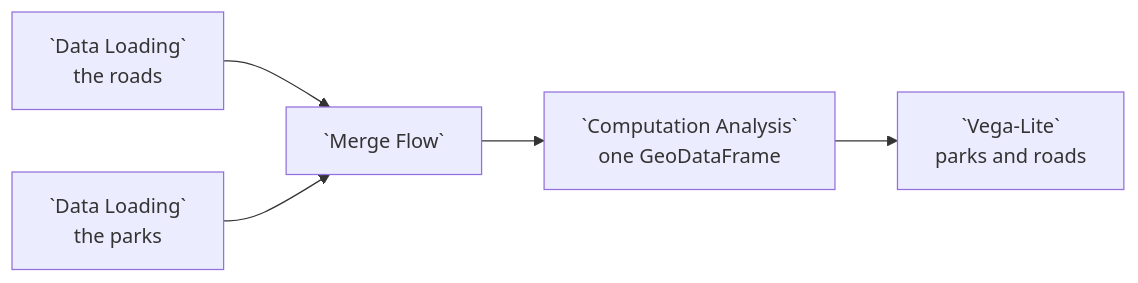
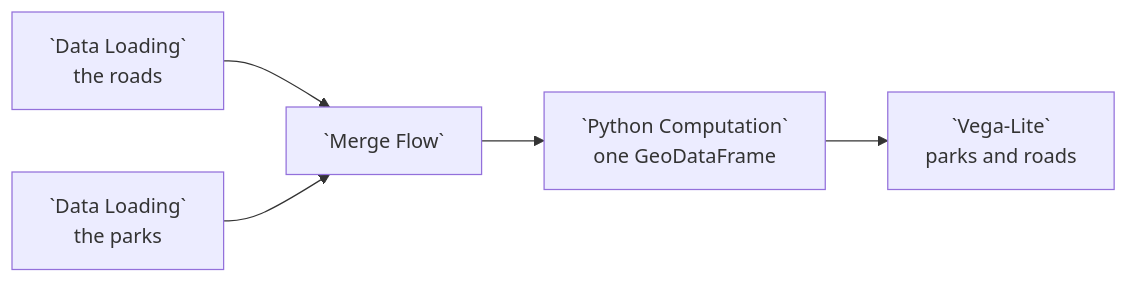
Before and after one commit to urban-toolkit/curio: the diagram in docs/examples/22-storage-folder-of-different-files.md, drawn with Mermaid. The commit also changed 18 other files, not shown here.

````diff
--- a/docs/examples/22-storage-folder-of-different-files.md
+++ b/docs/examples/22-storage-folder-of-different-files.md
@@ -27,7 +27,7 @@
 ```mermaid
 flowchart LR
   R[`Data Loading`<br/>the roads] --> M[`Merge Flow`]
   P[`Data Loading`<br/>the parks] --> M
-  M --> C[`Computation Analysis`<br/>one GeoDataFrame]
+  M --> C[`Python Computation`<br/>one GeoDataFrame]
   C --> V[`Vega-Lite`<br/>parks and roads]
 ```
````
